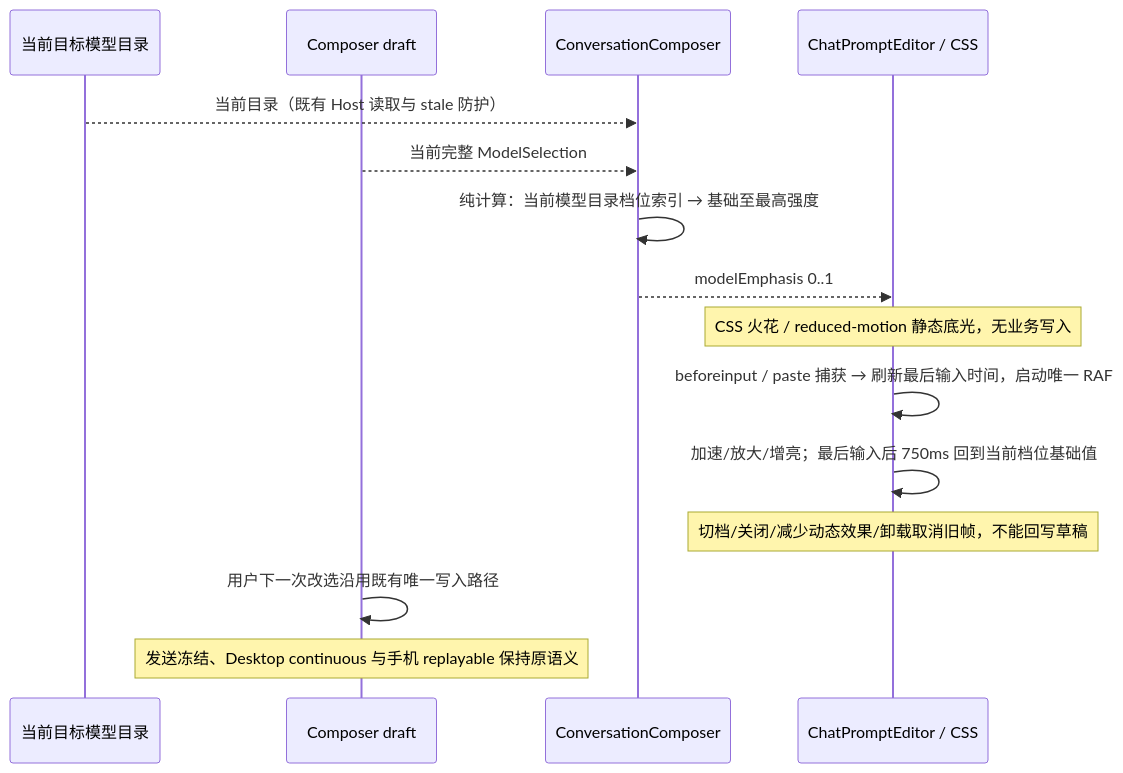
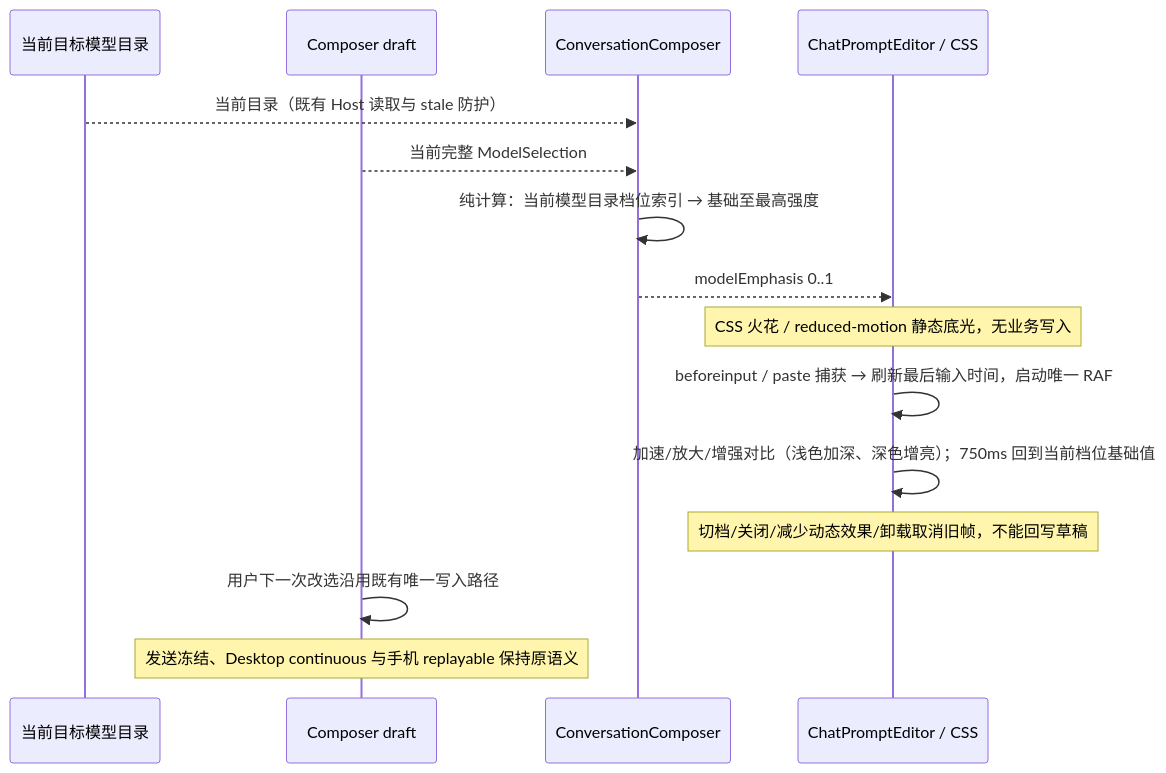
The diagram in specs/composer-model-emphasis.md (lemonllhon/Code), drawn with Mermaid before and after one commit. The commit also changed other lines of this file and 14 other files, not shown here.

````diff
--- a/specs/composer-model-emphasis.md
+++ b/specs/composer-model-emphasis.md
@@ -24,17 +24,17 @@
 ```mermaid
 sequenceDiagram
   participant Catalog as 当前目标模型目录
   participant Draft as Composer draft
   participant Composer as ConversationComposer
   participant Shell as ChatPromptEditor / CSS
   Catalog-->>Composer: 当前目录（既有 Host 读取与 stale 防护）
   Draft-->>Composer: 当前完整 ModelSelection
   Composer->>Composer: 纯计算：当前模型目录档位索引 → 基础至最高强度
   Composer-->>Shell: modelEmphasis 0..1
   Note over Shell: CSS 火花 / reduced-motion 静态底光，无业务写入
   Shell->>Shell: beforeinput / paste 捕获 → 刷新最后输入时间，启动唯一 RAF
-  Shell->>Shell: 加速/放大/增亮；最后输入后 750ms 回到当前档位基础值
+  Shell->>Shell: 加速/放大/增强对比（浅色加深、深色增亮）；750ms 回到当前档位基础值
   Note over Shell: 切档/关闭/减少动态效果/卸载取消旧帧，不能回写草稿
   Draft->>Draft: 用户下一次改选沿用既有唯一写入路径
   Note over Draft: 发送冻结、Desktop continuous 与手机 replayable 保持原语义
 ```
````
